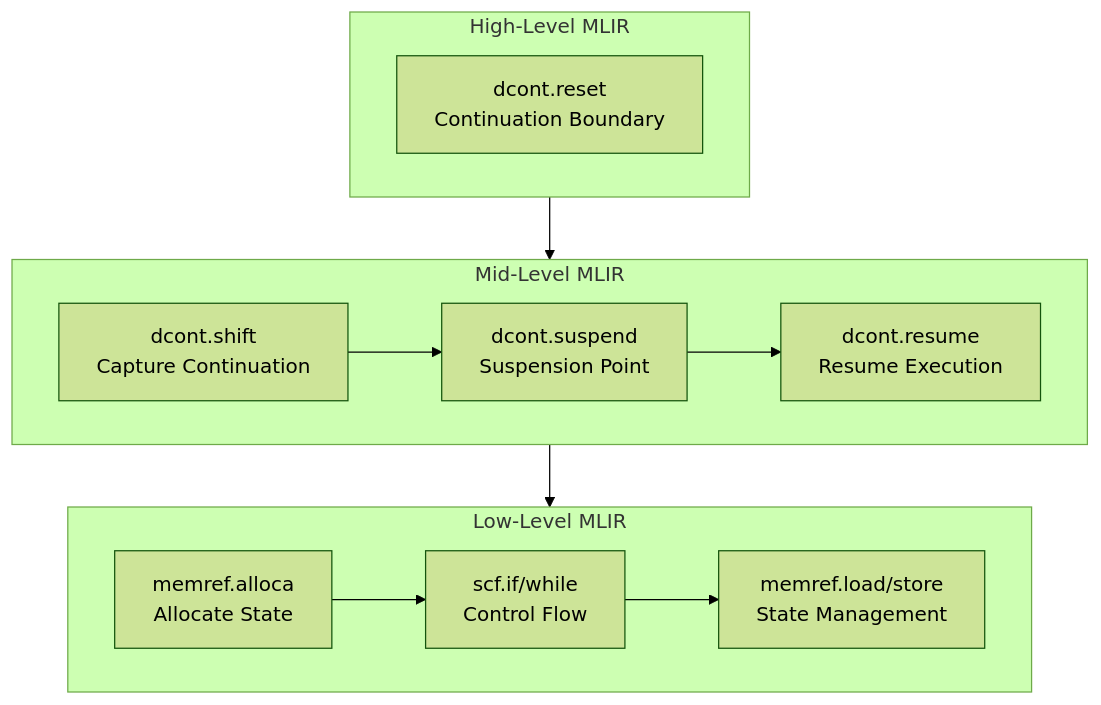
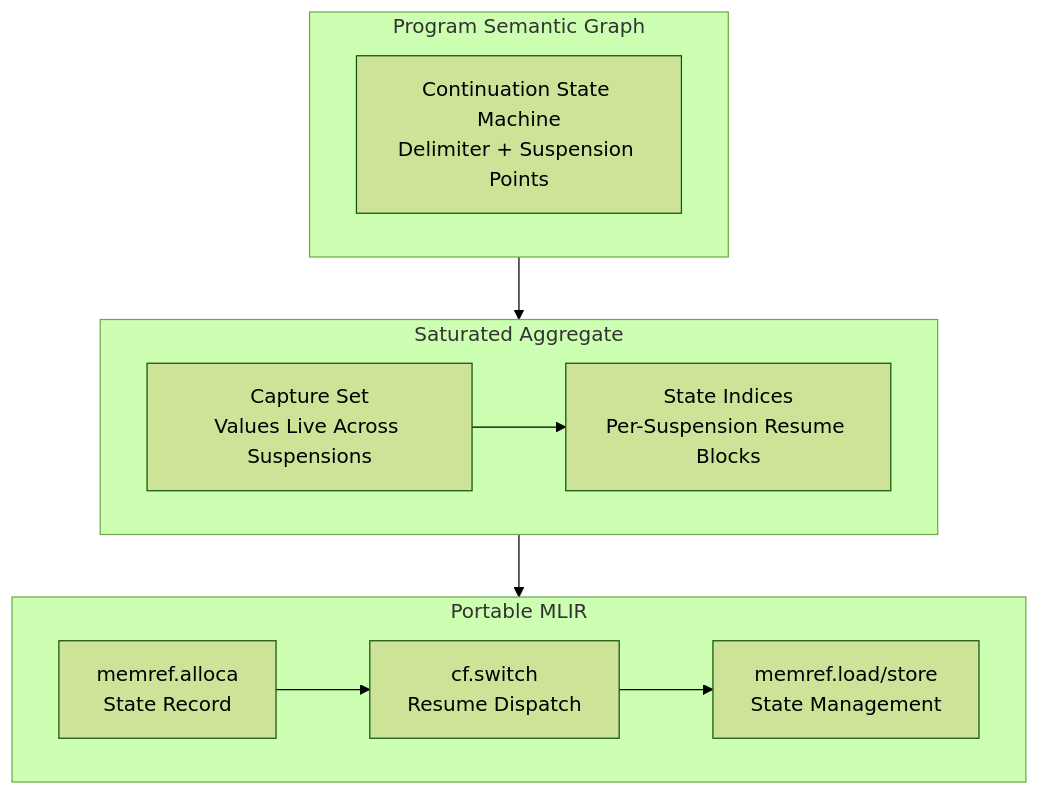
One commit to FidelityFramework/clef-lang-site changed the diagram in hugo/content/blog/dotnet-to-fidelity-concurrency.md. Above: the diagram before and after it, drawn with Mermaid (forest theme). The commit also changed other lines of this file and 18 other files, not shown here.

````diff
--- a/hugo/content/blog/dotnet-to-fidelity-concurrency.md
+++ b/hugo/content/blog/dotnet-to-fidelity-concurrency.md
@@ -277,20 +277,20 @@
 ```mermaid
 flowchart TB
-    subgraph HighLevelMLIR["High-Level MLIR"]
+    subgraph PSG["Program Semantic Graph"]
         direction LR
-        AsyncExecute["dcont.reset<br>Continuation Boundary"]
+        Saturate["Continuation State Machine<br>Delimiter + Suspension Points"]
     end
 
-    subgraph MidLevelMLIR["Mid-Level MLIR"]
+    subgraph Aggregate["Saturated Aggregate"]
         direction LR
-        CreateCoroutine["dcont.shift<br>Capture Continuation"] --> SuspendPoint["dcont.suspend<br>Suspension Point"] --> ResumeCoroutine["dcont.resume<br>Resume Execution"]
+        Capture["Capture Set<br>Values Live Across Suspensions"] --> States["State Indices<br>Per-Suspension Resume Blocks"]
     end
 
-    subgraph LowLevelMLIR["Low-Level MLIR"]
+    subgraph PortableMLIR["Portable MLIR"]
         direction LR
-        Alloca["memref.alloca<br>Allocate State"] --> ControlFlow["scf.if/while<br>Control Flow"] --> LoadStore["memref.load/store<br>State Management"]
+        Alloca["memref.alloca<br>State Record"] --> ControlFlow["cf.switch<br>Resume Dispatch"] --> LoadStore["memref.load/store<br>State Management"]
     end
 
-    HighLevelMLIR --> MidLevelMLIR
-    MidLevelMLIR --> LowLevelMLIR
+    PSG --> Aggregate
+    Aggregate --> PortableMLIR
 ```
````
